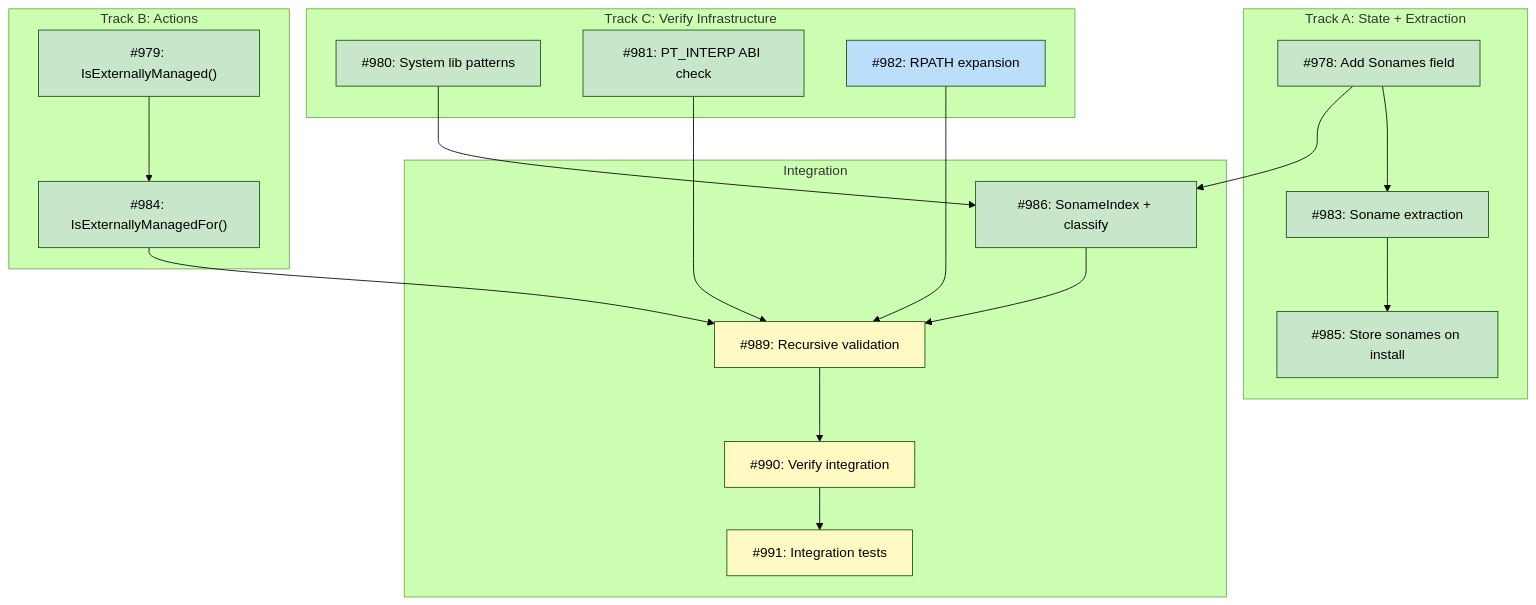
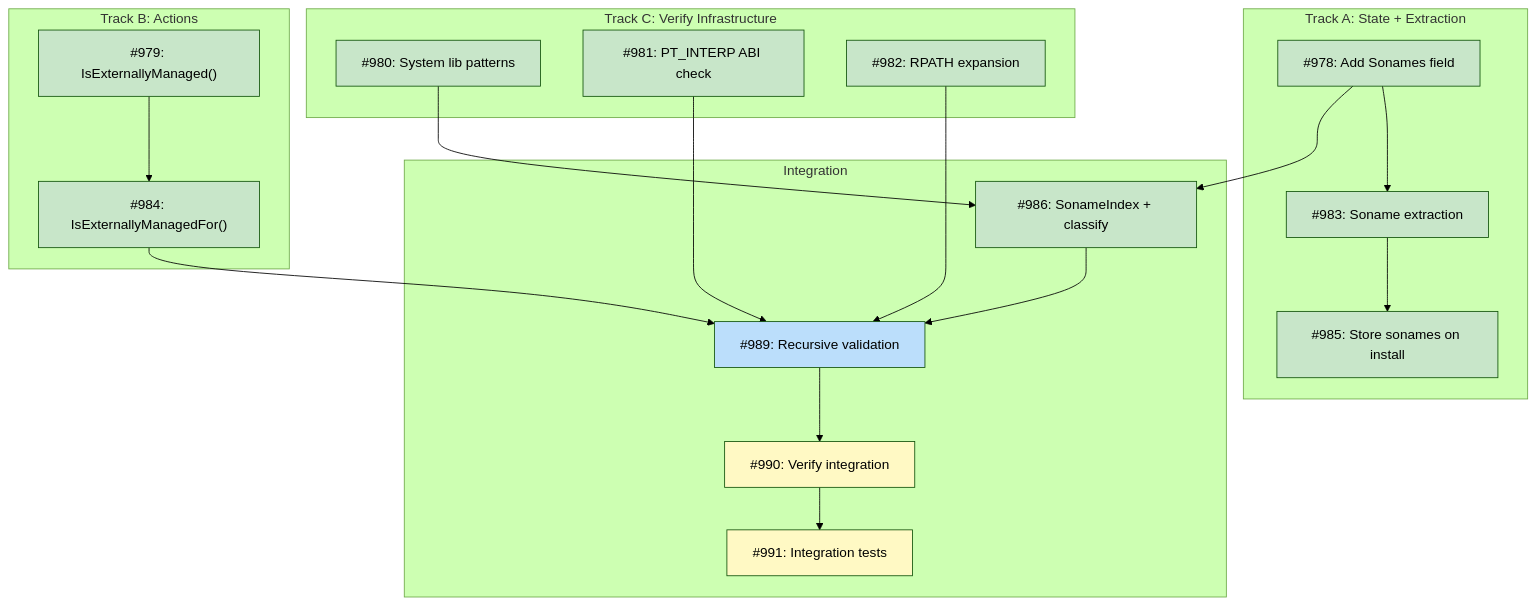
The diagram in docs/designs/DESIGN-library-verify-deps.md (tsukumogami/tsuku), drawn with Mermaid (forest theme) before and after one commit. The commit also changed 3 other files, not shown here.

````diff
--- a/docs/designs/DESIGN-library-verify-deps.md
+++ b/docs/designs/DESIGN-library-verify-deps.md
@@ -26,47 +26,47 @@
 ```mermaid
 graph TD
     subgraph TrackA["Track A: State + Extraction"]
         I978["#978: Add Sonames field"]
         I983["#983: Soname extraction"]
         I985["#985: Store sonames on install"]
     end
 
     subgraph TrackB["Track B: Actions"]
         I979["#979: IsExternallyManaged()"]
         I984["#984: IsExternallyManagedFor()"]
     end
 
     subgraph TrackC["Track C: Verify Infrastructure"]
         I980["#980: System lib patterns"]
         I981["#981: PT_INTERP ABI check"]
         I982["#982: RPATH expansion"]
     end
 
     subgraph Integration["Integration"]
         I986["#986: SonameIndex + classify"]
         I989["#989: Recursive validation"]
         I990["#990: Verify integration"]
         I991["#991: Integration tests"]
     end
 
     I978 --> I983
     I983 --> I985
     I979 --> I984
     I978 --> I986
     I980 --> I986
     I981 --> I989
     I982 --> I989
     I984 --> I989
     I986 --> I989
     I989 --> I990
     I990 --> I991
 
     classDef done fill:#c8e6c9
     classDef ready fill:#bbdefb
     classDef blocked fill:#fff9c4
     classDef needsDesign fill:#e1bee7
 
-    class I978,I979,I980,I981,I983,I984,I985,I986 done
-    class I982 ready
-    class I989,I990,I991 blocked
+    class I978,I979,I980,I981,I982,I983,I984,I985,I986 done
+    class I989 ready
+    class I990,I991 blocked
 ```
````
